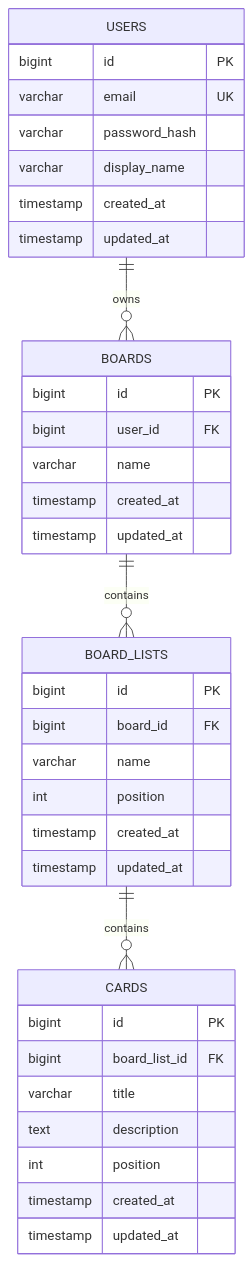
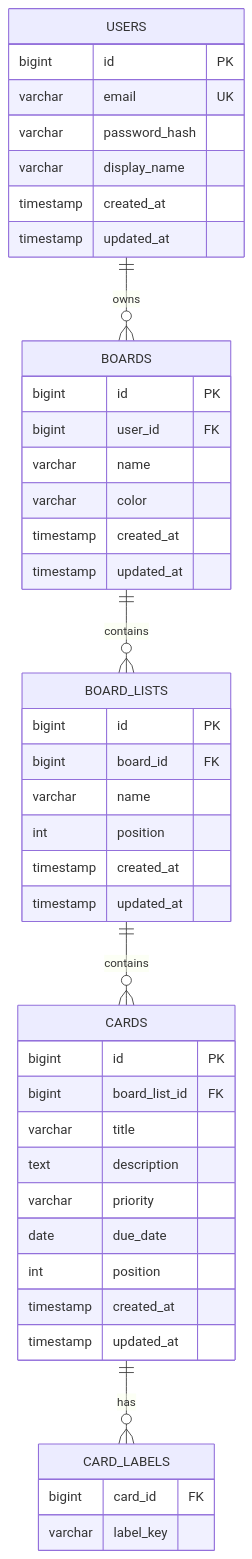
The diagram in docs/database-design.md (gitmrk2k6/TaskManagement), drawn with Mermaid before and after one commit. The commit also changed other lines of this file and 6 other files, not shown here.

````diff
--- a/docs/database-design.md
+++ b/docs/database-design.md
@@ -53,39 +53,47 @@
 ```mermaid
 erDiagram
     USERS ||--o{ BOARDS : "owns"
     BOARDS ||--o{ BOARD_LISTS : "contains"
     BOARD_LISTS ||--o{ CARDS : "contains"
+    CARDS ||--o{ CARD_LABELS : "has"
 
     USERS {
         bigint id PK
         varchar email UK
         varchar password_hash
         varchar display_name
         timestamp created_at
         timestamp updated_at
     }
     BOARDS {
         bigint id PK
         bigint user_id FK
         varchar name
+        varchar color
         timestamp created_at
         timestamp updated_at
     }
     BOARD_LISTS {
         bigint id PK
         bigint board_id FK
         varchar name
         int position
         timestamp created_at
         timestamp updated_at
     }
     CARDS {
         bigint id PK
         bigint board_list_id FK
         varchar title
         text description
+        varchar priority
+        date due_date
         int position
         timestamp created_at
         timestamp updated_at
     }
+    CARD_LABELS {
+        bigint card_id FK
+        varchar label_key
+    }
 ```
````
